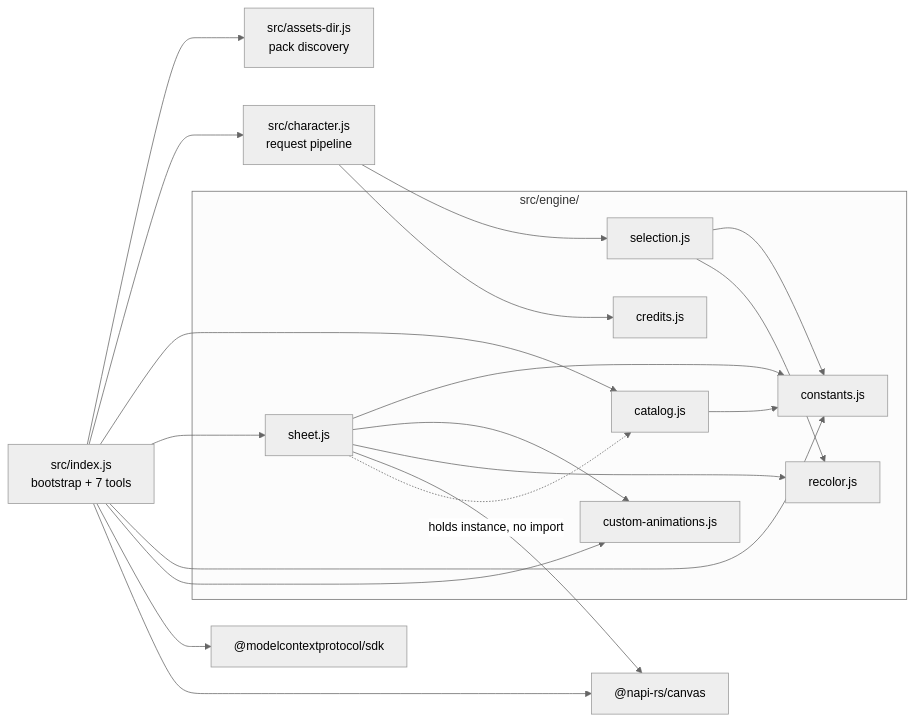
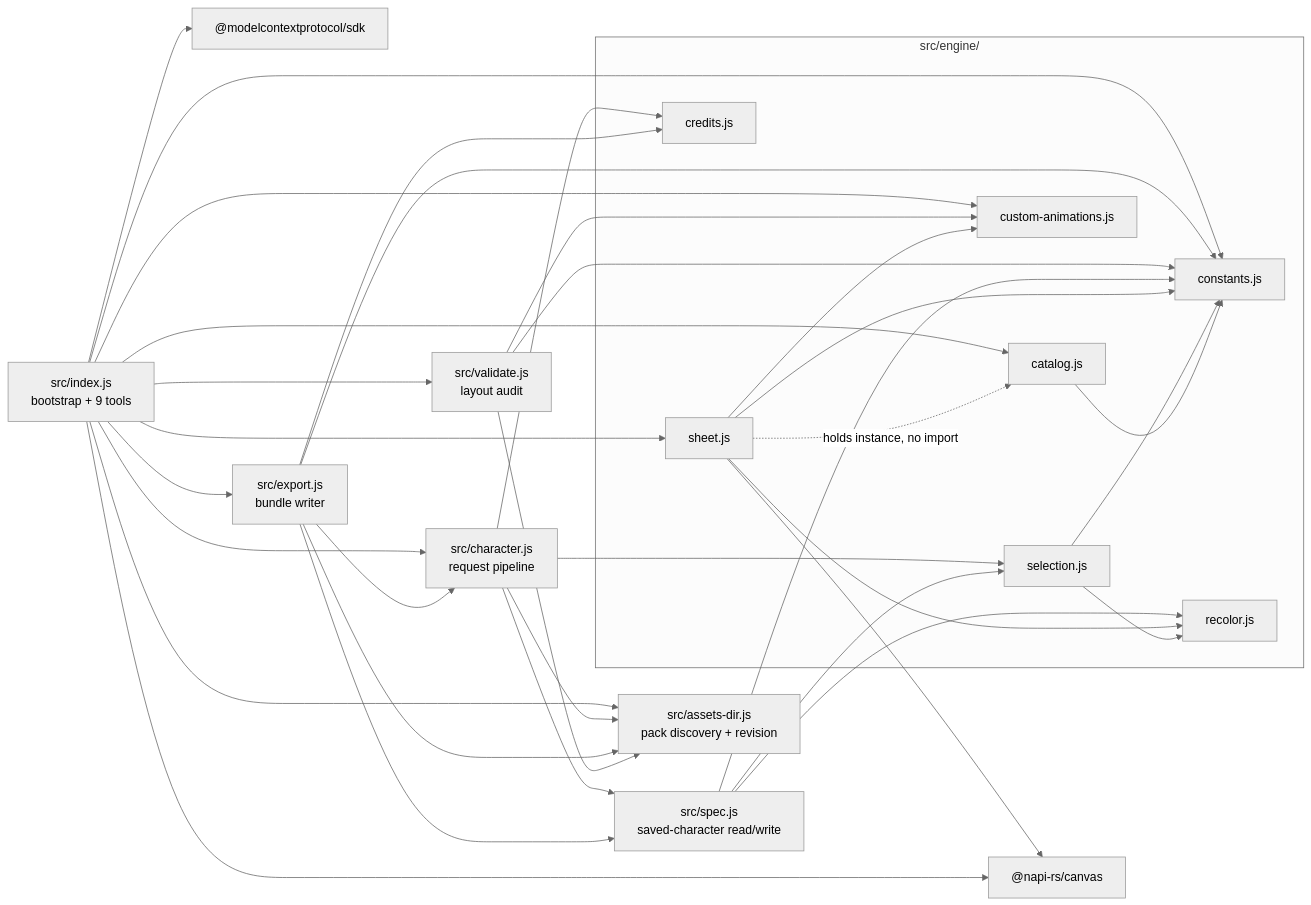
Before and after one commit to kanishka-namdeo/lpc-spritesheet-mcp: the first of 3 diagrams in docs/ARCHITECTURE.md, drawn with Mermaid. The commit also changed other lines of this file and 13 other files, not shown here.

````diff
--- a/docs/ARCHITECTURE.md
+++ b/docs/ARCHITECTURE.md
@@ -82,42 +117,60 @@
 ```mermaid
 %%{init: {"theme": "neutral"}}%%
 flowchart LR
   accTitle: Module dependency graph of the shipped runtime
   accDescr: Solid arrows are real ESM import edges running from the server entry through the shared request pipeline into the engine modules and the canvas binding. One dashed arrow marks the SpriteEngine holding a Catalog instance, which is a runtime reference rather than an import.
 
   SDK["@modelcontextprotocol/sdk"]
   CANVAS["@napi-rs/canvas"]
 
-  INDEX["src/index.js<br/>bootstrap + 7 tools"]
+  INDEX["src/index.js<br/>bootstrap + 9 tools"]
   CHAR["src/character.js<br/>request pipeline"]
-  ADIR["src/assets-dir.js<br/>pack discovery"]
+  ADIR["src/assets-dir.js<br/>pack discovery + revision"]
+  EXPORT["src/export.js<br/>bundle writer"]
+  SPEC["src/spec.js<br/>saved-character read/write"]
+  VALID["src/validate.js<br/>layout audit"]
 
   subgraph ENGINE["src/engine/"]
     CAT["catalog.js"]
     SHEET["sheet.js"]
     SEL["selection.js"]
     CONST["constants.js"]
     REC["recolor.js"]
     CRED["credits.js"]
     CUST["custom-animations.js"]
   end
 
   INDEX --> ADIR
   INDEX --> CHAR
+  INDEX --> EXPORT
+  INDEX --> VALID
   INDEX --> CAT
   INDEX --> SHEET
   INDEX --> CONST
   INDEX --> CUST
   INDEX --> SDK
   INDEX --> CANVAS
   CHAR --> SEL
   CHAR --> CRED
+  CHAR --> SPEC
+  CHAR --> ADIR
+  EXPORT --> CHAR
+  EXPORT --> SPEC
+  EXPORT --> CRED
+  EXPORT --> CONST
+  EXPORT --> ADIR
+  VALID --> CONST
+  VALID --> CUST
+  VALID --> ADIR
+  SPEC --> SEL
+  SPEC --> REC
+  SPEC --> CONST
   SHEET --> CONST
   SHEET --> CUST
   SHEET --> REC
   SHEET --> CANVAS
   SEL --> CONST
   SEL --> REC
   CAT --> CONST
   SHEET -.->|holds instance, no import| CAT
 ```
````
